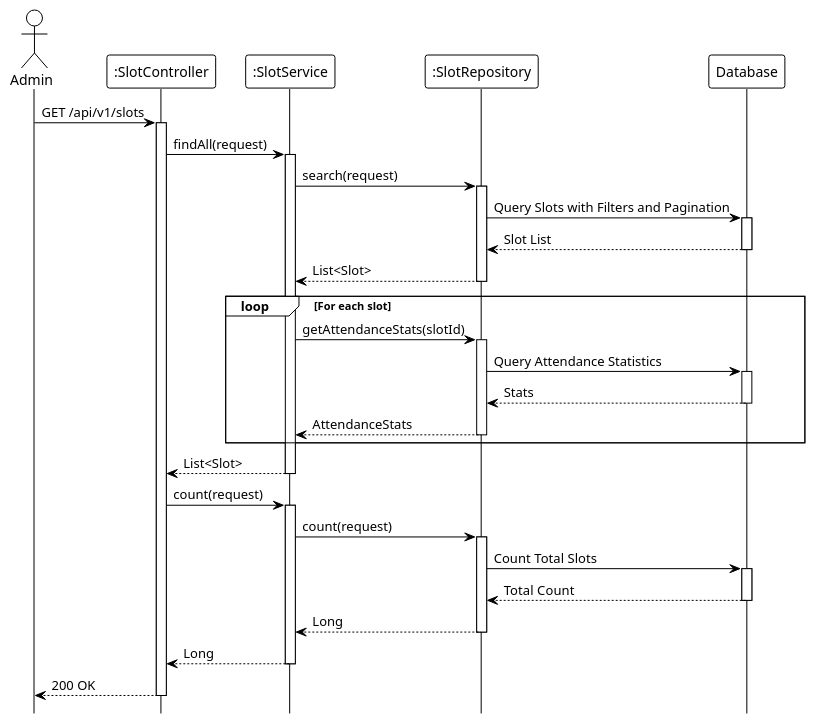
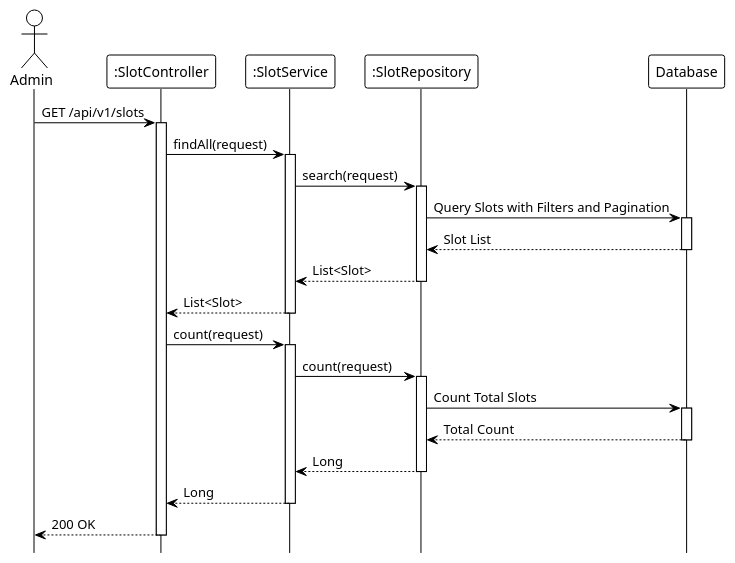
The diagram in system_detailed_design/33_view_list_slot/sequence_diagram_view_list_slot.puml (Ndh474/context), drawn with PlantUML before and after one commit. The commit also changed 9 other files, not shown here.

```diff
--- a/system_detailed_design/33_view_list_slot/sequence_diagram_view_list_slot.puml
+++ b/system_detailed_design/33_view_list_slot/sequence_diagram_view_list_slot.puml
@@ -1,70 +1,58 @@
 @startuml view_list_slot
 !theme plain
 hide footbox
 
 actor Admin
 participant ":SlotController" as Controller
 participant ":SlotService" as Service
 participant ":SlotRepository" as Repository
 participant "Database" as DB
 
 ' --- MAIN FLOW ---
 Admin -> Controller: GET /api/v1/slots
 activate Controller
 
 Controller -> Service: findAll(request)
 activate Service
 
 ' --- SEARCH QUERY ---
 Service -> Repository: search(request)
 activate Repository
 
 Repository -> DB: Query Slots with Filters and Pagination
 activate DB
 DB --> Repository: Slot List
 deactivate DB
 
 Repository --> Service: List<Slot>
 deactivate Repository
 
-' --- POPULATE ATTENDANCE STATS ---
-loop For each slot
-    Service -> Repository: getAttendanceStats(slotId)
-    activate Repository
-
-    Repository -> DB: Query Attendance Statistics
-    activate DB
-    DB --> Repository: Stats
-    deactivate DB
-
-    Repository --> Service: AttendanceStats
-    deactivate Repository
-end
+' Populate attendance stats (internal)
 
 Service --> Controller: List<Slot>
 deactivate Service
 
 ' --- COUNT QUERY ---
 Controller -> Service: count(request)
 activate Service
 
 Service -> Repository: count(request)
 activate Repository
 
 Repository -> DB: Count Total Slots
 activate DB
 DB --> Repository: Total Count
 deactivate DB
 
 Repository --> Service: Long
 deactivate Repository
 
 Service --> Controller: Long
 deactivate Service
 
 ' Build paging response (internal)
 
 Controller --> Admin: 200 OK
 deactivate Controller
 
 @enduml
```
